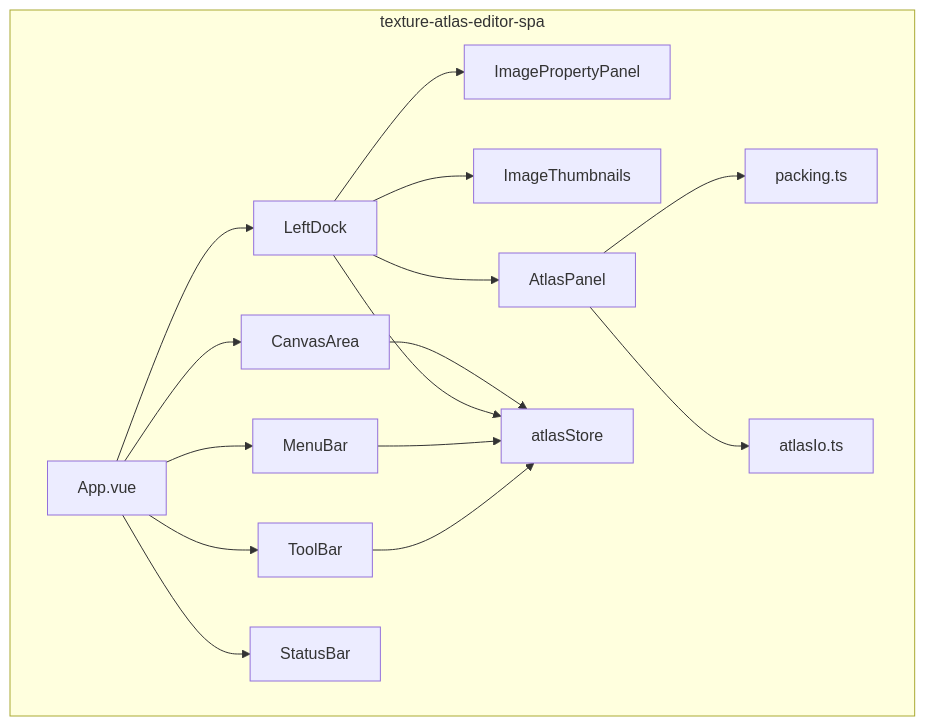
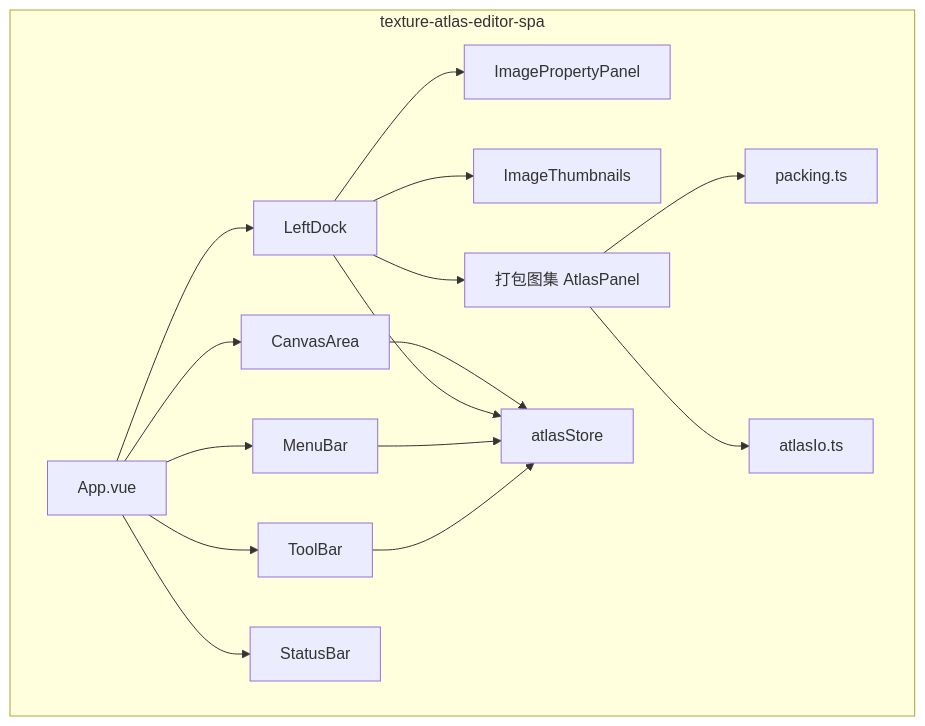
Before and after one commit to shelltdf/texture_atlas_mcp: the diagram in ai-software-engineering/02-physical/texture-atlas-editor-spa/uml-component.md, drawn with Mermaid. The commit also changed 27 other files, not shown here.

````diff
--- a/ai-software-engineering/02-physical/texture-atlas-editor-spa/uml-component.md
+++ b/ai-software-engineering/02-physical/texture-atlas-editor-spa/uml-component.md
@@ -3,31 +3,31 @@
 ```mermaid
 flowchart TB
   subgraph spa [texture-atlas-editor-spa]
     App[App.vue]
     MB[MenuBar]
     TB[ToolBar]
     SB[StatusBar]
     LD[LeftDock]
     CA[CanvasArea]
     IP[ImagePropertyPanel]
     IT[ImageThumbnails]
-    AP[AtlasPanel]
+    AP[打包图集 AtlasPanel]
     ST[atlasStore]
     PK[packing.ts]
     IO[atlasIo.ts]
   end
   App --> MB
   App --> TB
   App --> LD
   App --> CA
   App --> SB
   LD --> IP
   LD --> IT
   LD --> AP
   CA --> ST
   LD --> ST
   MB --> ST
   TB --> ST
   AP --> PK
   AP --> IO
 ```
````
